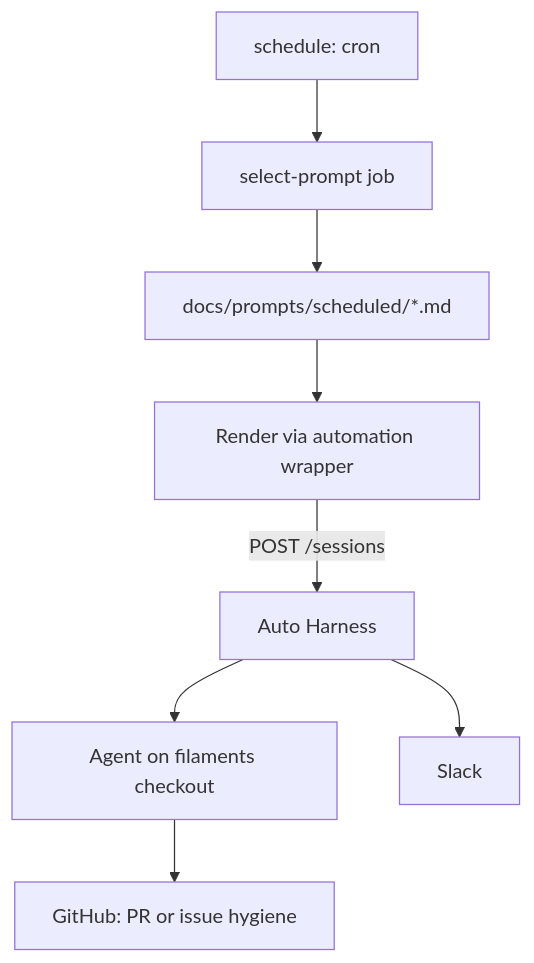
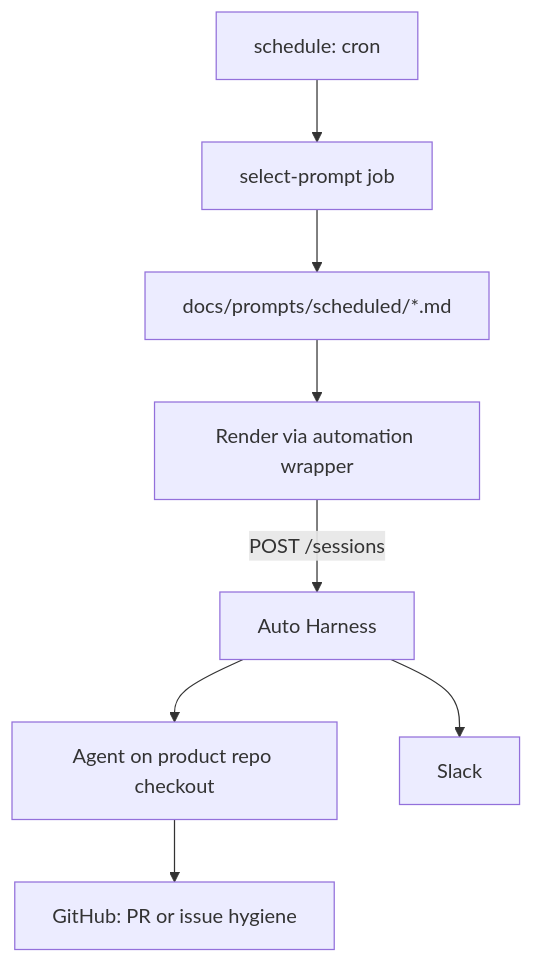
One commit to jonathanong/auto-harness changed the seventh of 9 diagrams in docs/harness.md. Above: the diagram before and after it, drawn with Mermaid. The commit also changed other lines of this file and 4 other files, not shown here.

````diff
--- a/docs/harness.md
+++ b/docs/harness.md
@@ -274,10 +274,10 @@
 ```mermaid
 flowchart TB
   CRON[schedule: cron] --> SEL[select-prompt job]
   SEL --> FILES["docs/prompts/scheduled/*.md"]
   FILES --> REN[Render via automation wrapper]
   REN -->|POST /sessions| AH[Auto Harness]
-  AH --> Agent[Agent on filaments checkout]
+  AH --> Agent[Agent on product repo checkout]
   Agent --> GH[GitHub: PR or issue hygiene]
   AH --> Slack[Slack]
 ```
````
